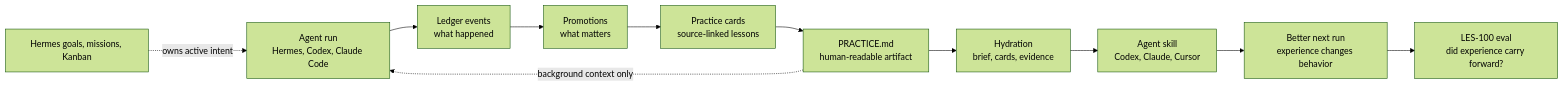
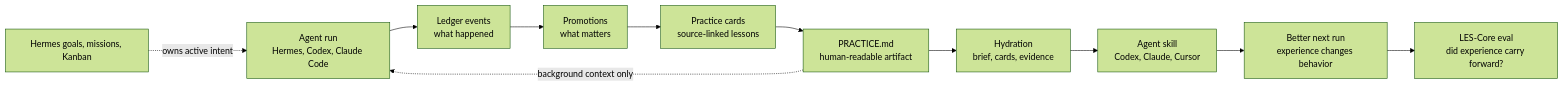
Before and after one commit to aeonik-ai/ingrain: the diagram in README.md, drawn with Mermaid (forest theme). The commit also changed other lines of this file and 54 other files, not shown here.

````diff
--- a/README.md
+++ b/README.md
@@ -250,14 +255,14 @@
 ```mermaid
 flowchart LR
     A["Agent run<br/>Hermes, Codex, Claude Code"] --> B["Ledger events<br/>what happened"]
     B --> C["Promotions<br/>what matters"]
     C --> D["Practice cards<br/>source-linked lessons"]
     D --> E["PRACTICE.md<br/>human-readable artifact"]
     E --> F["Hydration<br/>brief, cards, evidence"]
     F --> S["Agent skill<br/>Codex, Claude, Cursor"]
     S --> G["Better next run<br/>experience changes behavior"]
-    G --> H2["LES-100 eval<br/>did experience carry forward?"]
+    G --> H2["LES-Core eval<br/>did experience carry forward?"]
 
     H["Hermes goals, missions, Kanban"] -. "owns active intent" .-> A
     E -. "background context only" .-> A
 ```
````
